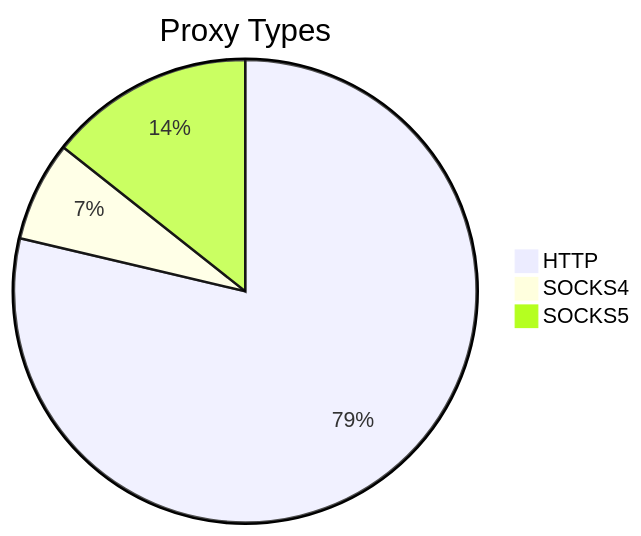
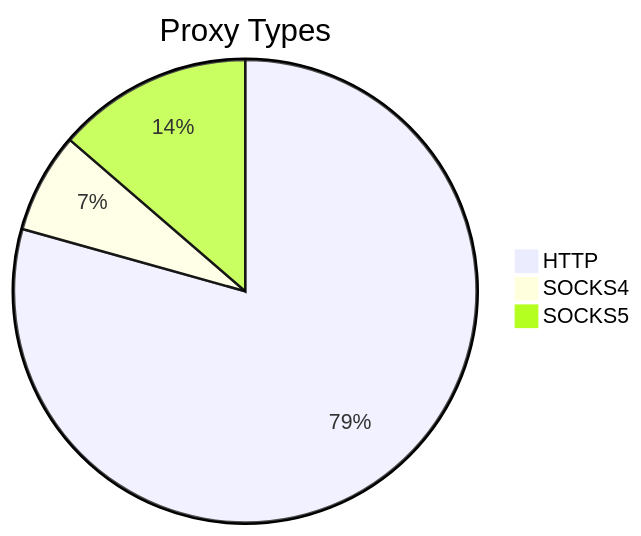
One commit to stormsia/proxy-list changed the first of 2 diagrams in README.md. Above: the diagram before and after it, drawn with Mermaid. The commit also changed other lines of this file, not shown here.

````diff
--- a/README.md
+++ b/README.md
@@ -21,6 +21,6 @@
 ```mermaid
 pie title Proxy Types
-    "HTTP" : 417
-    "SOCKS4" : 37
-    "SOCKS5" : 76
+    "HTTP" : 238
+    "SOCKS4" : 21
+    "SOCKS5" : 41
 ```
````
